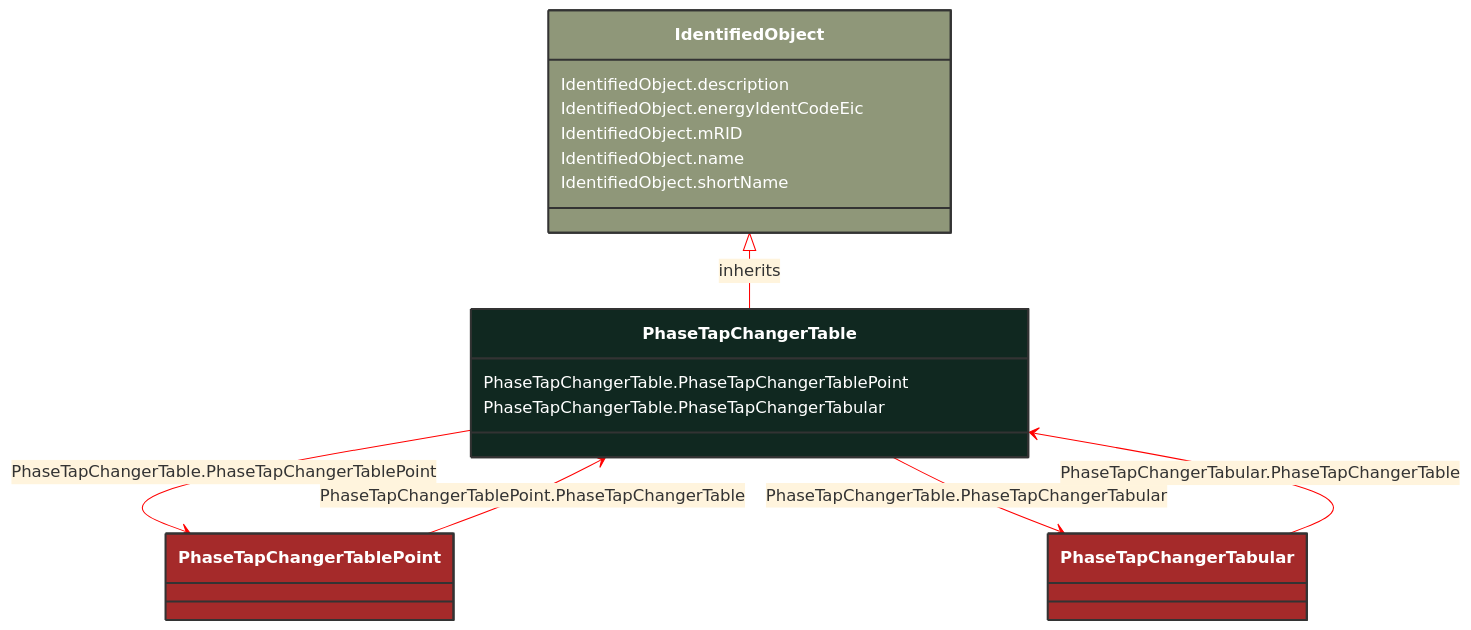
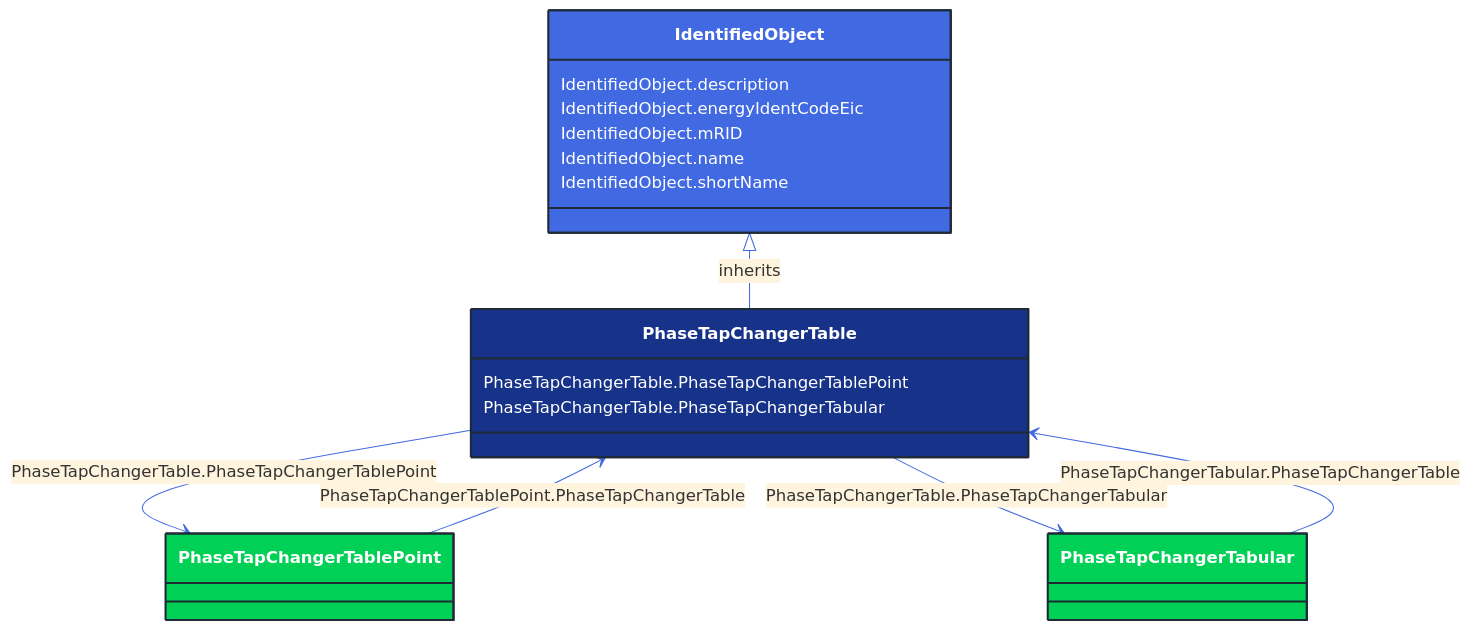
Before and after one commit to 3lbits/NoCIMExtensions: the diagram in docs/Models/Profiles/CoreEquipment/ConcreteClasses/PhaseTapChangerTable.md, drawn with Mermaid. The commit also changed 362 other files, not shown here.

First line of the commit message:
Update diagrams and styles for improved visual consistency

````diff
--- a/docs/Models/Profiles/CoreEquipment/ConcreteClasses/PhaseTapChangerTable.md
+++ b/docs/Models/Profiles/CoreEquipment/ConcreteClasses/PhaseTapChangerTable.md
@@ -8,43 +8,43 @@
 ```mermaid
-%%{init: {'theme':'base','themeVariables': {'lineColor': '#FF0000'}}}%%
+%%{init: {'theme':'base','themeVariables': {'lineColor': '#4169E1'}}}%%
 classDiagram
     class PhaseTapChangerTable
     click PhaseTapChangerTable href "/Models/Profiles/CoreEquipment/ConcreteClasses/PhaseTapChangerTable/"
-    style PhaseTapChangerTable fill:#102820,stroke:#333,stroke-width:2px,rx:10,ry:10,color:white
+    style PhaseTapChangerTable fill:#163289,stroke:#1F2A37,stroke-width:2px,rx:10,ry:10,color:white
      
         IdentifiedObject <|-- PhaseTapChangerTable : inherits
             click IdentifiedObject href "/Models/Profiles/CoreEquipment/AbstractClasses/IdentifiedObject/"
-            style IdentifiedObject fill:#8F9779,stroke:#333,stroke-width:2px,rx:10,ry:10,color:white
+            style IdentifiedObject fill:#4169E1,stroke:#1F2A37,stroke-width:2px,rx:10,ry:10,color:white
 
         PhaseTapChangerTable --> PhaseTapChangerTablePoint : PhaseTapChangerTable.PhaseTapChangerTablePoint
 
         PhaseTapChangerTablePoint
             click PhaseTapChangerTablePoint href "/Models/Profiles/CoreEquipment/ConcreteClasses/PhaseTapChangerTablePoint/"
-            style PhaseTapChangerTablePoint fill:#A52A2A,stroke:#333,stroke-width:2px,rx:10,ry:10,color:white
+            style PhaseTapChangerTablePoint fill:#00D156,stroke:#1F2A37,stroke-width:2px,rx:10,ry:10,color:white
         PhaseTapChangerTable --> PhaseTapChangerTabular : PhaseTapChangerTable.PhaseTapChangerTabular
 
         PhaseTapChangerTabular
             click PhaseTapChangerTabular href "/Models/Profiles/CoreEquipment/ConcreteClasses/PhaseTapChangerTabular/"
-            style PhaseTapChangerTabular fill:#A52A2A,stroke:#333,stroke-width:2px,rx:10,ry:10,color:white
+            style PhaseTapChangerTabular fill:#00D156,stroke:#1F2A37,stroke-width:2px,rx:10,ry:10,color:white
 
         PhaseTapChangerTablePoint --> PhaseTapChangerTable : PhaseTapChangerTablePoint.PhaseTapChangerTable
 
         PhaseTapChangerTablePoint
             click PhaseTapChangerTablePoint href "/Models/Profiles/CoreEquipment/ConcreteClasses/PhaseTapChangerTablePoint/"
-            style PhaseTapChangerTablePoint fill:#A52A2A,stroke:#333,stroke-width:2px,rx:10,ry:10,color:white
+            style PhaseTapChangerTablePoint fill:#00D156,stroke:#1F2A37,stroke-width:2px,rx:10,ry:10,color:white
 
         PhaseTapChangerTabular --> PhaseTapChangerTable : PhaseTapChangerTabular.PhaseTapChangerTable
 
         PhaseTapChangerTabular
             click PhaseTapChangerTabular href "/Models/Profiles/CoreEquipment/ConcreteClasses/PhaseTapChangerTabular/"
-            style PhaseTapChangerTabular fill:#A52A2A,stroke:#333,stroke-width:2px,rx:10,ry:10,color:white
+            style PhaseTapChangerTabular fill:#00D156,stroke:#1F2A37,stroke-width:2px,rx:10,ry:10,color:white
 
 
         PhaseTapChangerTable : PhaseTapChangerTable.PhaseTapChangerTablePoint
         PhaseTapChangerTable : PhaseTapChangerTable.PhaseTapChangerTabular
         IdentifiedObject : IdentifiedObject.description
         IdentifiedObject : IdentifiedObject.energyIdentCodeEic
         IdentifiedObject : IdentifiedObject.mRID
         IdentifiedObject : IdentifiedObject.name
         IdentifiedObject : IdentifiedObject.shortName
 ```
````
